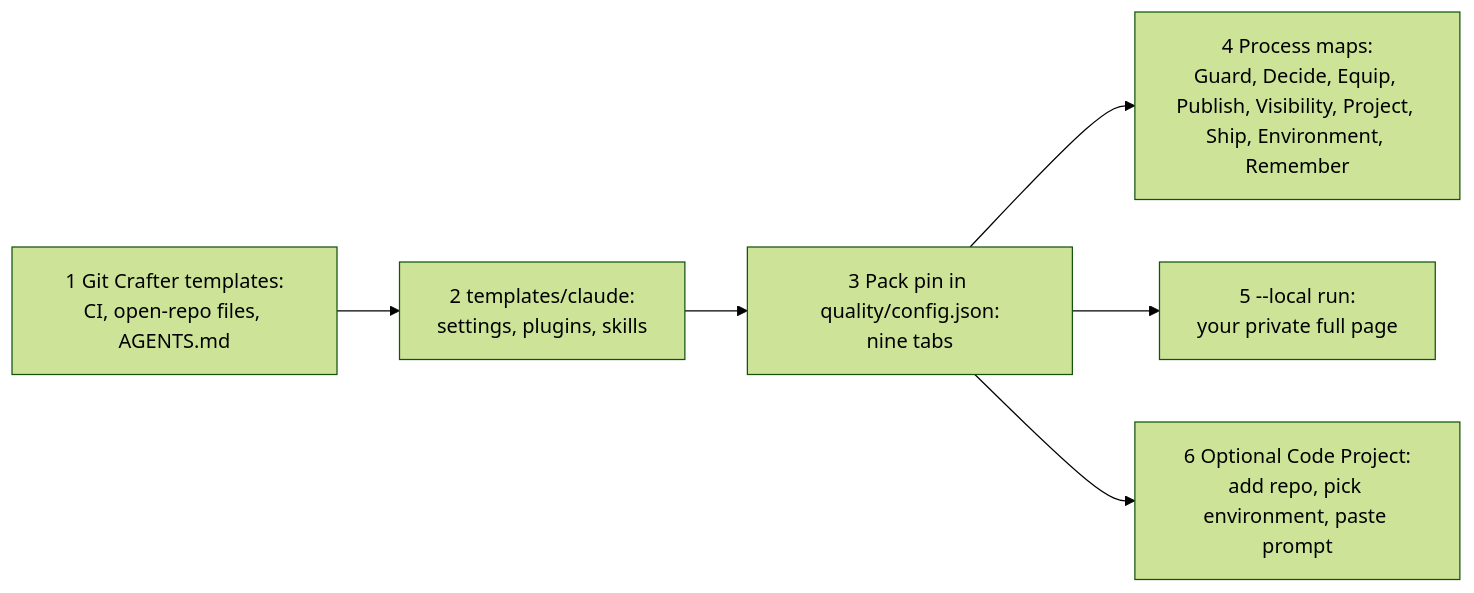
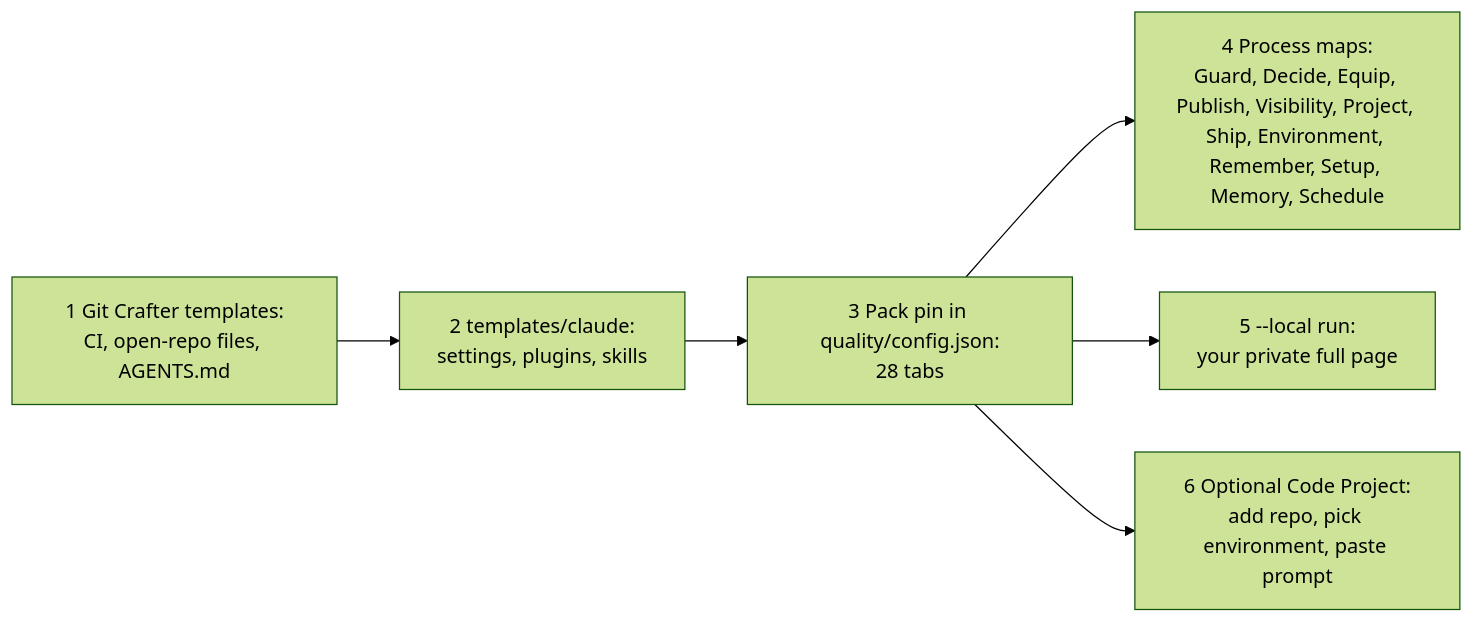
One commit to Colorado-Startups/claudius changed the first of 2 diagrams in README.md. Above: the diagram before and after it, drawn with Mermaid (forest theme). The commit also changed other lines of this file and 31 other files, not shown here.

````diff
--- a/README.md
+++ b/README.md
@@ -25,8 +25,8 @@
 ```mermaid
 flowchart LR
   GC[1 Git Crafter templates:<br/>CI, open-repo files, AGENTS.md] --> T[2 templates/claude:<br/>settings, plugins, skills]
-  T --> P[3 Pack pin in quality/config.json:<br/>nine tabs]
-  P --> M[4 Process maps:<br/>Guard, Decide, Equip, Publish, Visibility, Project, Ship, Environment, Remember]
+  T --> P[3 Pack pin in quality/config.json:<br/>28 tabs]
+  P --> M[4 Process maps:<br/>Guard, Decide, Equip, Publish, Visibility, Project, Ship, Environment, Remember, Setup, Memory, Schedule]
   P --> L[5 --local run:<br/>your private full page]
   P --> CP[6 Optional Code Project:<br/>add repo, pick environment, paste prompt]
 ```
````
